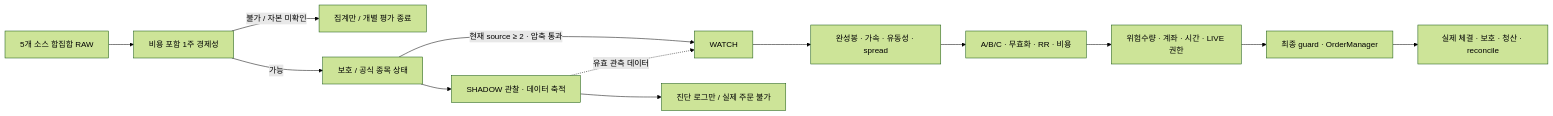
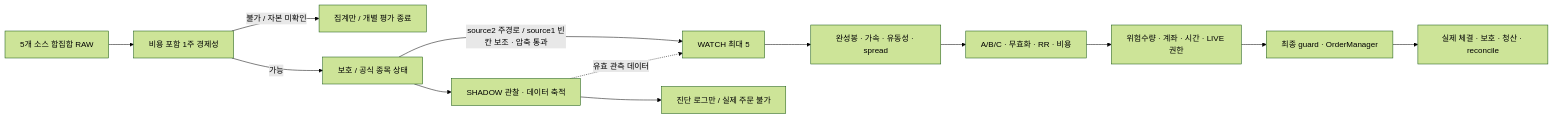
Before and after one commit to neomusbist/stock-trading-bot: the diagram in README.md, drawn with Mermaid (forest theme). The commit also changed other lines of this file and 24 other files, not shown here.

````diff
--- a/README.md
+++ b/README.md
@@ -33,15 +35,15 @@
 ```mermaid
 flowchart LR
   R[5개 소스 합집합 RAW] --> E[비용 포함 1주 경제성]
   E -->|불가 / 자본 미확인| X[집계만 / 개별 평가 종료]
   E -->|가능| N[보호 / 공식 종목 상태]
   N --> S[SHADOW 관찰 · 데이터 축적]
-  N -->|현재 source ≥ 2 · 압축 통과| W[WATCH]
+  N -->|source2 주경로 / source1 빈칸 보조 · 압축 통과| W[WATCH 최대 5]
   S -. 유효 관측 데이터 .-> W
   W --> A[완성봉 · 가속 · 유동성 · spread]
   A --> P[A/B/C · 무효화 · RR · 비용]
   P --> Q[위험수량 · 계좌 · 시간 · LIVE 권한]
   Q --> O[최종 guard · OrderManager]
   O --> F[실제 체결 · 보호 · 청산 · reconcile]
   S --> D[진단 로그만 / 실제 주문 불가]
 ```
````
